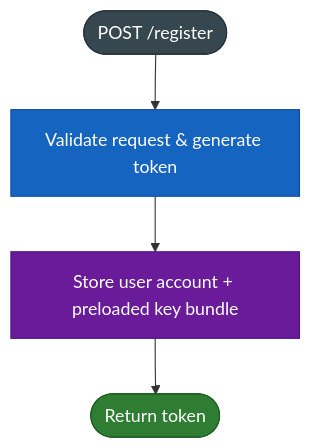
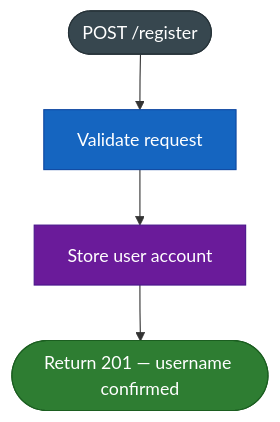
Before and after one commit to meltedelement/EPIC-1bit2qbit: the first of 5 diagrams in docs/server-flows.md, drawn with Mermaid. The commit also changed other lines of this file and 1 other file, not shown here.

First line of the commit message:
Docs: Update architecture and server flows for WS-auth session model

````diff
--- a/docs/server-flows.md
+++ b/docs/server-flows.md
@@ -9,11 +9,11 @@
 ```mermaid
 flowchart TD
     classDef terminal  fill:#37474F,stroke:#263238,color:#fff
     classDef process   fill:#1565C0,stroke:#0D47A1,color:#fff
     classDef store     fill:#6A1B9A,stroke:#4A148C,color:#fff
     classDef ok        fill:#2E7D32,stroke:#1B5E20,color:#fff
 
-    A([POST /register]):::terminal --> B["Validate request & generate token"]:::process
-    B --> C["Store user account + preloaded key bundle"]:::store
-    C --> D([Return token]):::ok
+    A([POST /register]):::terminal --> B["Validate request"]:::process
+    B --> C["Store user account"]:::store
+    C --> D([Return 201 — username confirmed]):::ok
 ```
````
